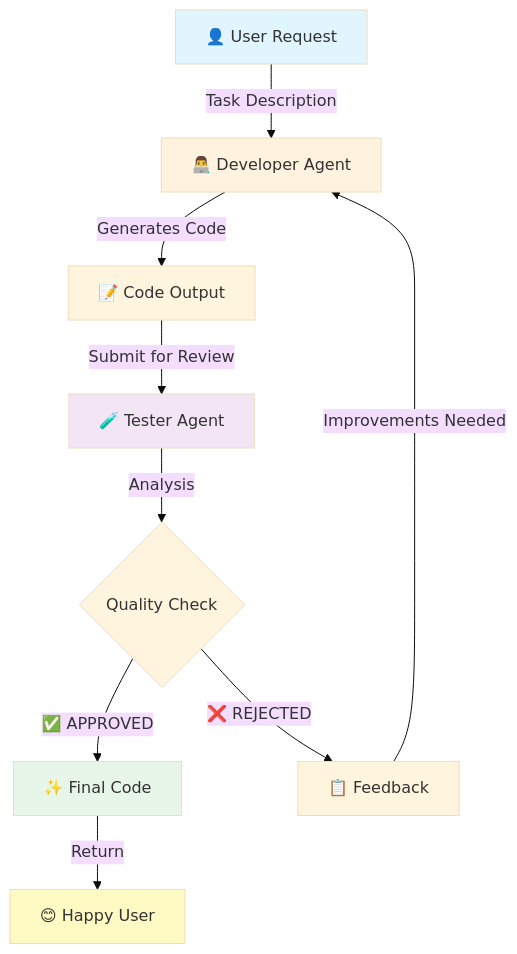
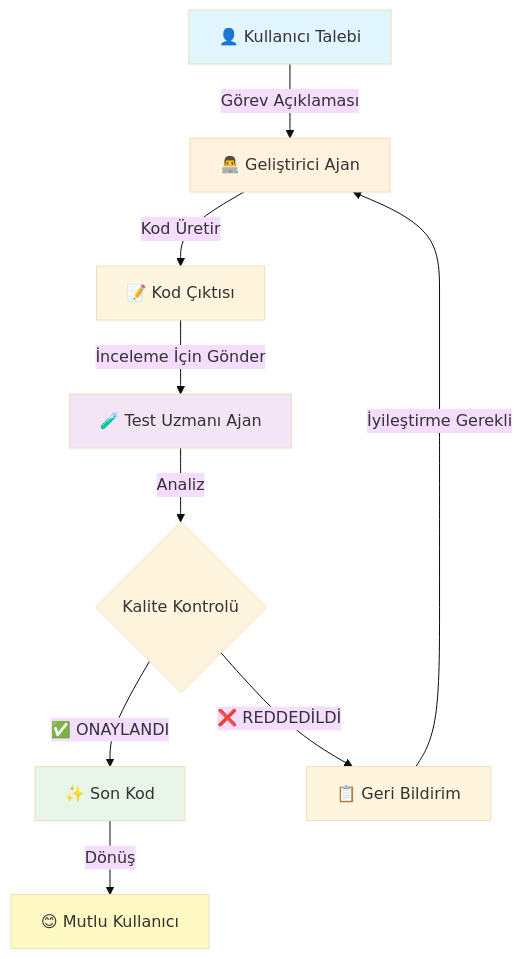
Before and after one commit to ogulcannarin/AI-Agents-Portfolio: the diagram in 3-Multi-Agent-System/README.md, drawn with Mermaid (base theme). The commit also changed other lines of this file, not shown here.

````diff
--- a/3-Multi-Agent-System/README.md
+++ b/3-Multi-Agent-System/README.md
@@ -97,17 +97,17 @@
 ```mermaid
 graph TD
-    A[👤 User Request] -->|Task Description| B[👨‍💻 Developer Agent]
-    B -->|Generates Code| C[📝 Code Output]
-    C -->|Submit for Review| D[🧪 Tester Agent]
-    D -->|Analysis| E{Quality Check}
-    E -->|✅ APPROVED| F[✨ Final Code]
-    E -->|❌ REJECTED| G[📋 Feedback]
-    G -->|Improvements Needed| B
-    F -->|Return| H[😊 Happy User]
+    A[👤 Kullanıcı Talebi] -->|Görev Açıklaması| B[👨‍💻 Geliştirici Ajan]
+    B -->|Kod Üretir| C[📝 Kod Çıktısı]
+    C -->|İnceleme İçin Gönder| D[🧪 Test Uzmanı Ajan]
+    D -->|Analiz| E{Kalite Kontrolü}
+    E -->|✅ ONAYLANDI| F[✨ Son Kod]
+    E -->|❌ REDDEDİLDİ| G[📋 Geri Bildirim]
+    G -->|İyileştirme Gerekli| B
+    F -->|Dönüş| H[😊 Mutlu Kullanıcı]
     
     style A fill:#e1f5ff
     style B fill:#fff3e0
     style D fill:#f3e5f5
     style F fill:#e8f5e9
     style H fill:#fff9c4
 ```
````
